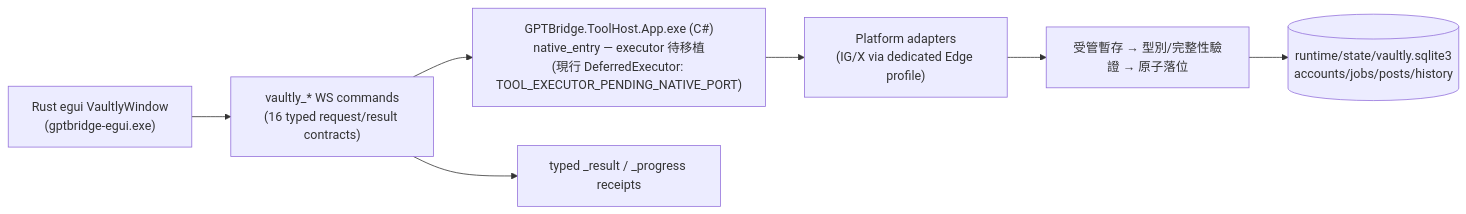
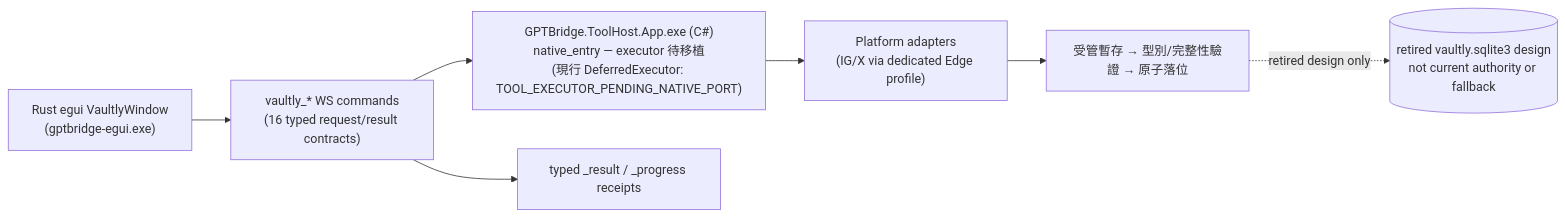
One commit to guilty442-source/GPTBridge changed the diagram in governance_rule/codex/architecture-tool-vaultly.md. Above: the diagram before and after it, drawn with Mermaid. The commit also changed other lines of this file and 6 other files, not shown here.

````diff
--- a/governance_rule/codex/architecture-tool-vaultly.md
+++ b/governance_rule/codex/architecture-tool-vaultly.md
@@ -3,9 +3,9 @@
 ```mermaid
 flowchart LR
   UI["Rust egui VaultlyWindow<br/>(gptbridge-egui.exe)"] --> REQ["vaultly_* WS commands<br/>(16 typed request/result contracts)"]
   REQ --> HOST["GPTBridge.ToolHost.App.exe (C#)<br/>native_entry — executor 待移植<br/>(現行 DeferredExecutor: TOOL_EXECUTOR_PENDING_NATIVE_PORT)"]
   HOST --> ADAPT["Platform adapters<br/>(IG/X via dedicated Edge profile)"]
   ADAPT --> TEMP["受管暫存 → 型別/完整性驗證 → 原子落位"]
-  TEMP --> SQLITE[("runtime/state/vaultly.sqlite3<br/>accounts/jobs/posts/history")]
+  TEMP -. retired design only .-> SQLITE[("retired vaultly.sqlite3 design<br/>not current authority or fallback")]
   REQ --> RECEIPT["typed _result / _progress receipts"]
 ```
````
